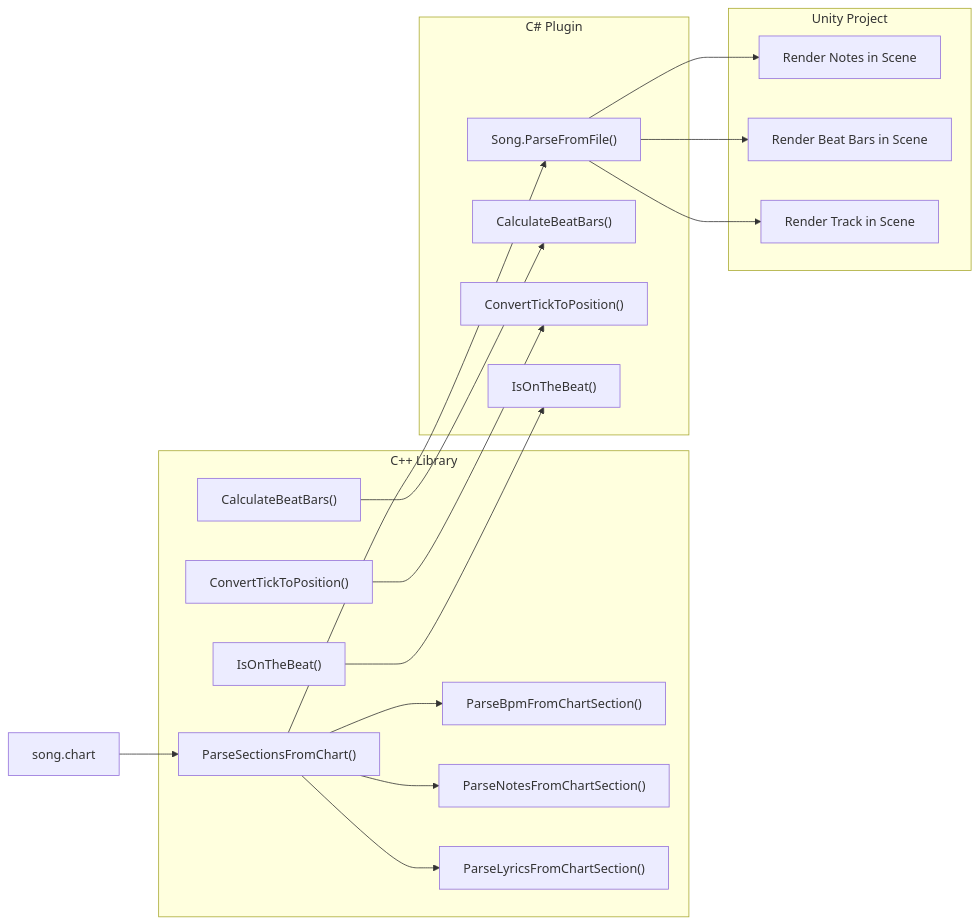
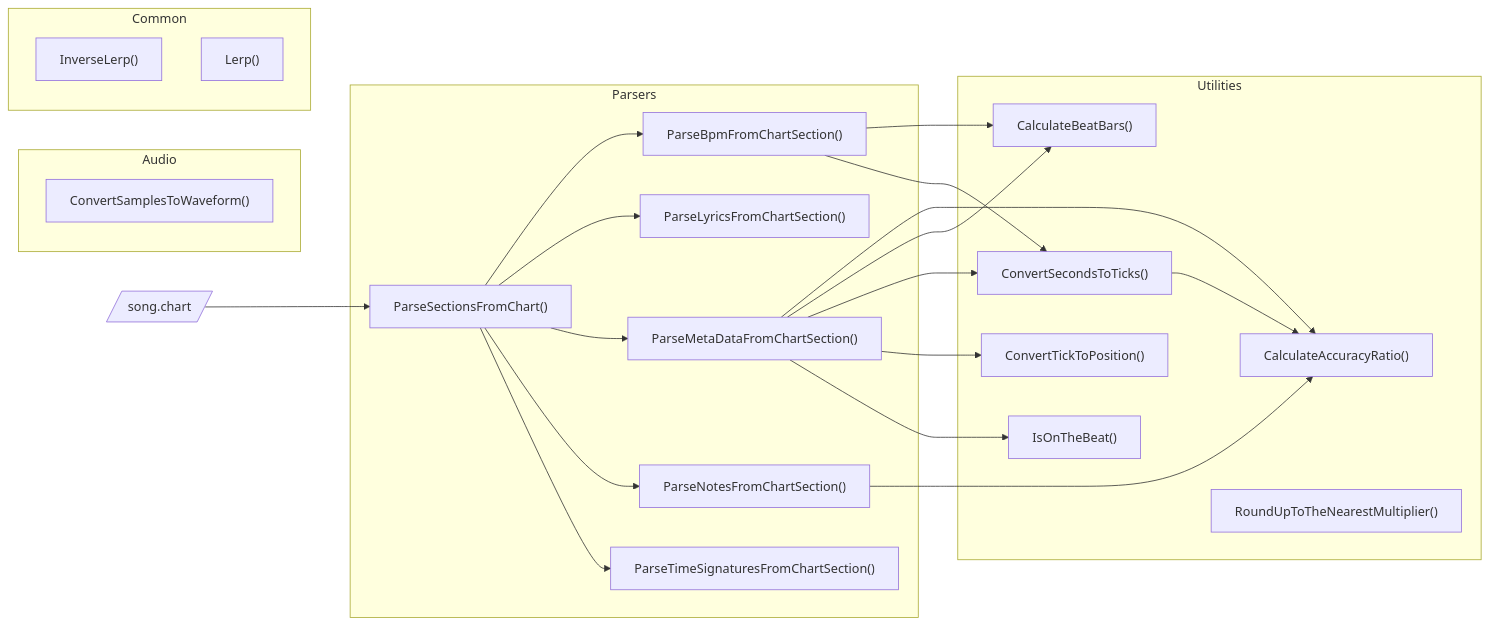
Before and after one commit to neogeek/rhythm-game-utilities: the diagram in Documentation/Architecture.md, drawn with Mermaid. The commit also changed other lines of this file and 2 other files, not shown here.

````diff
--- a/Documentation/Architecture.md
+++ b/Documentation/Architecture.md
@@ -7,62 +7,53 @@
 ```mermaid
 graph LR;
-    file["song.chart"]
+    file[/"song.chart"/]
 
-    file-->parseSectionsFromChartCpp
-
-    subgraph cppLibrary ["C++ Library"]
-        parseSectionsFromChartCpp["ParseSectionsFromChart()"]
-        parseBpmFromChartSectionCpp["ParseBpmFromChartSection()"]
-        parseNotesFromChartSectionCpp["ParseNotesFromChartSection()"]
-        parseLyricsFromChartSectionCpp["ParseLyricsFromChartSection()"]
-
-        calculateBeatBarsCpp["CalculateBeatBars()"]
-
-        convertTickToPositionCpp["ConvertTickToPosition()"]
-        isOnTheBeatCpp["IsOnTheBeat()"]
-
-        parseSectionsFromChartCpp
-        parseBpmFromChartSectionCpp
-        parseNotesFromChartSectionCpp
-        parseLyricsFromChartSectionCpp
-
-        calculateBeatBarsCpp
-
-        convertTickToPositionCpp
-        isOnTheBeatCpp
+    subgraph audioGraph ["Audio"]
+        convertSamplesToWaveform["ConvertSamplesToWaveform()"]
     end
 
-    subgraph csharpLibrary ["C# Plugin"]
-        songParseFromFileCsharp["Song.ParseFromFile()"]
-
-        calculateBeatBarsCsharp["CalculateBeatBars()"]
-
-        convertTickToPositionCsharp["ConvertTickToPosition()"]
-        isOnTheBeatCsharp["IsOnTheBeat()"]
-
-        calculateBeatBarsCsharp
-
-        convertTickToPositionCsharp
-        isOnTheBeatCsharp
+    subgraph commonGraph ["Common"]
+        inverseLerp["InverseLerp()"]
+        lerp["Lerp()"]
     end
 
-    subgraph unityProject ["Unity Project"]
-        renderNotesInScene["Render Notes in Scene"]
-        renderBeatBarsInScene["Render Beat Bars in Scene"]
-        renderTrackInScene["Render Track in Scene"]
+    subgraph parsersGraph ["Parsers"]
+        parseSectionsFromChart["ParseSectionsFromChart()"]
+        parseBpmFromChartSection["ParseBpmFromChartSection()"]
+        parseLyricsFromChartSection["ParseLyricsFromChartSection()"]
+        parseMetaDataFromChartSection["ParseMetaDataFromChartSection()"]
+        parseNotesFromChartSection["ParseNotesFromChartSection()"]
+        parseTimeSignaturesFromChartSection["ParseTimeSignaturesFromChartSection()"]
+
+        parseSectionsFromChart-->parseBpmFromChartSection
+        parseSectionsFromChart-->parseLyricsFromChartSection
+        parseSectionsFromChart-->parseMetaDataFromChartSection
+        parseSectionsFromChart-->parseNotesFromChartSection
+        parseSectionsFromChart-->parseTimeSignaturesFromChartSection
     end
 
-    parseSectionsFromChartCpp-->parseBpmFromChartSectionCpp
-    parseSectionsFromChartCpp-->parseNotesFromChartSectionCpp
-    parseSectionsFromChartCpp-->parseLyricsFromChartSectionCpp
+    subgraph utilitiesGraph ["Utilities"]
+        calculateAccuracyRatio["CalculateAccuracyRatio()"]
+        calculateBeatBars["CalculateBeatBars()"]
+        convertSecondsToTicks["ConvertSecondsToTicks()"]
+        convertTickToPosition["ConvertTickToPosition()"]
+        isOnTheBeat["IsOnTheBeat()"]
+        roundUpToTheNearestMultiplier["RoundUpToTheNearestMultiplier()"]
+    end
 
-    parseSectionsFromChartCpp-->songParseFromFileCsharp
+    file-->parseSectionsFromChart
 
-    calculateBeatBarsCpp-->calculateBeatBarsCsharp
-    convertTickToPositionCpp-->convertTickToPositionCsharp
-    isOnTheBeatCpp-->isOnTheBeatCsharp
+    parseMetaDataFromChartSection-->calculateAccuracyRatio
+    parseNotesFromChartSection-->calculateAccuracyRatio
+    convertSecondsToTicks-->calculateAccuracyRatio
 
-    songParseFromFileCsharp-->renderNotesInScene
-    songParseFromFileCsharp-->renderBeatBarsInScene
-    songParseFromFileCsharp-->renderTrackInScene
+    parseBpmFromChartSection-->calculateBeatBars
+    parseMetaDataFromChartSection-->calculateBeatBars
+
+    parseMetaDataFromChartSection-->convertSecondsToTicks
+    parseBpmFromChartSection-->convertSecondsToTicks
+
+    parseMetaDataFromChartSection-->convertTickToPosition
+
+    parseMetaDataFromChartSection-->isOnTheBeat
 ```
````
